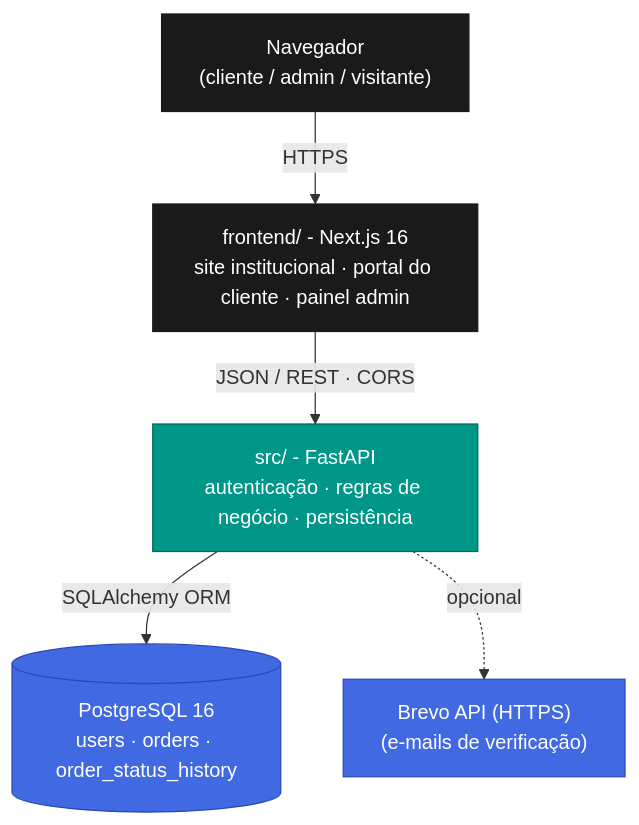
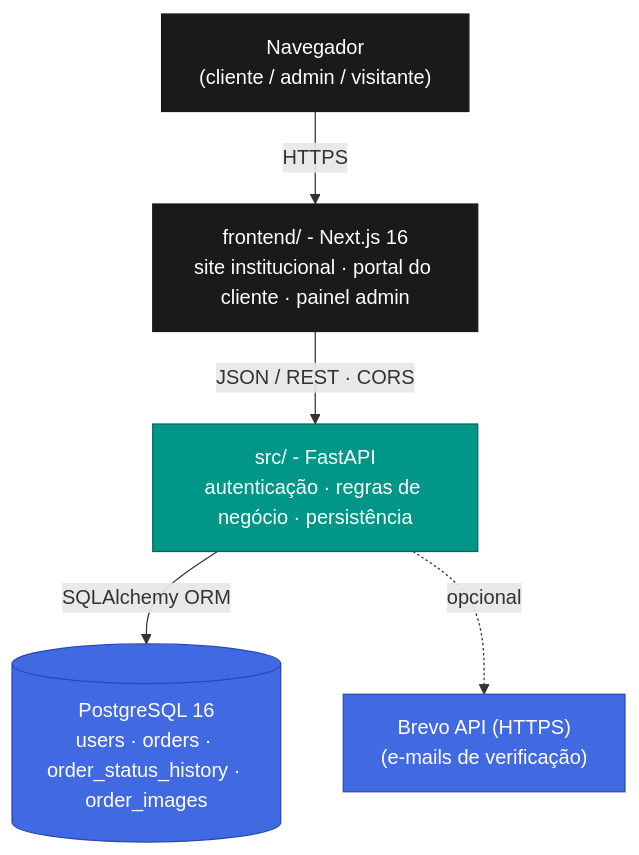
The first of 3 diagrams in README.md (jgabrielflores/marcenaria-api), drawn with Mermaid before and after one commit. The commit also changed other lines of this file and 22 other files, not shown here.

````diff
--- a/README.md
+++ b/README.md
@@ -147,20 +148,20 @@
 ```mermaid
 flowchart TD
     Browser["Navegador<br/>(cliente / admin / visitante)"]
     Frontend["frontend/ - Next.js 16<br/>site institucional · portal do cliente · painel admin"]
     API["src/ - FastAPI<br/>autenticação · regras de negócio · persistência"]
-    DB[("PostgreSQL 16<br/>users · orders · order_status_history")]
+    DB[("PostgreSQL 16<br/>users · orders · order_status_history · order_images")]
     Email["Brevo API (HTTPS)<br/>(e-mails de verificação)"]
 
     Browser -->|HTTPS| Frontend
     Frontend -->|JSON / REST · CORS| API
     API -->|SQLAlchemy ORM| DB
     API -.->|opcional| Email
 
     classDef edge fill:#1a1a1a,stroke:#1a1a1a,color:#fff
     classDef core fill:#009688,stroke:#00695c,color:#fff
     classDef store fill:#4169E1,stroke:#2a47b8,color:#fff
     class Browser,Frontend edge
     class API core
     class DB,Email store
 ```
````
